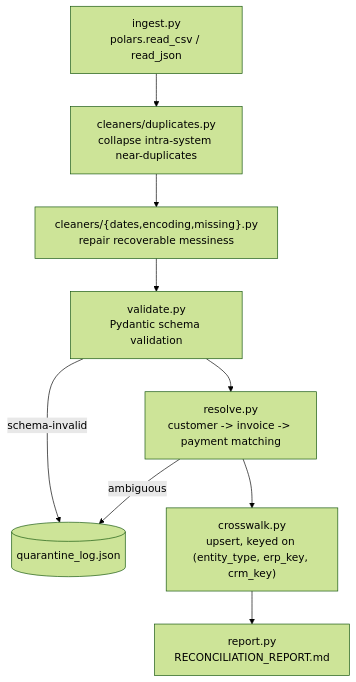
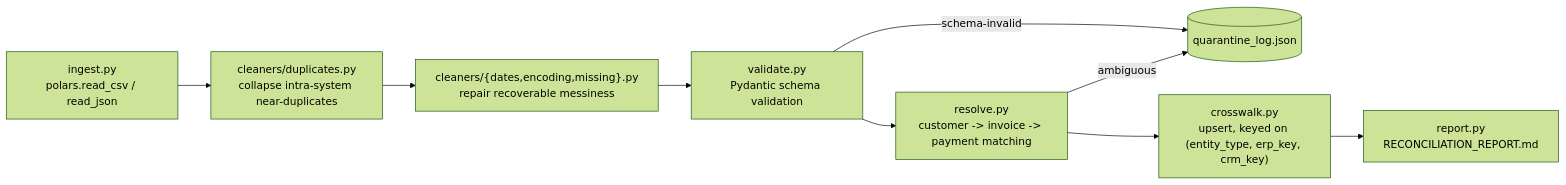
The third of 3 diagrams in docs/architecture.md (henrymbuguak/erp-crm-reconciliation-pipeline), drawn with Mermaid (forest theme) before and after one commit. The commit also changed 2 other files, not shown here.

Commit message:
Document CLAUDE.md's role as the pipeline spec; switch reconciliation diagram to LR

````diff
--- a/docs/architecture.md
+++ b/docs/architecture.md
@@ -112,12 +112,12 @@
 ```mermaid
-flowchart TD
+flowchart LR
     Ingest["ingest.py<br/>polars.read_csv / read_json"] --> Dedupe
     Dedupe["cleaners/duplicates.py<br/>collapse intra-system near-duplicates"] --> Clean
     Clean["cleaners/{dates,encoding,missing}.py<br/>repair recoverable messiness"] --> Validate
     Validate["validate.py<br/>Pydantic schema validation"] --> Resolve
     Validate -->|schema-invalid| Quarantine
     Resolve["resolve.py<br/>customer -> invoice -> payment matching"] --> Crosswalk
     Resolve -->|ambiguous| Quarantine[("quarantine_log.json")]
     Crosswalk["crosswalk.py<br/>upsert, keyed on (entity_type, erp_key, crm_key)"] --> Report
     Report["report.py<br/>RECONCILIATION_REPORT.md"]
 ```
````
